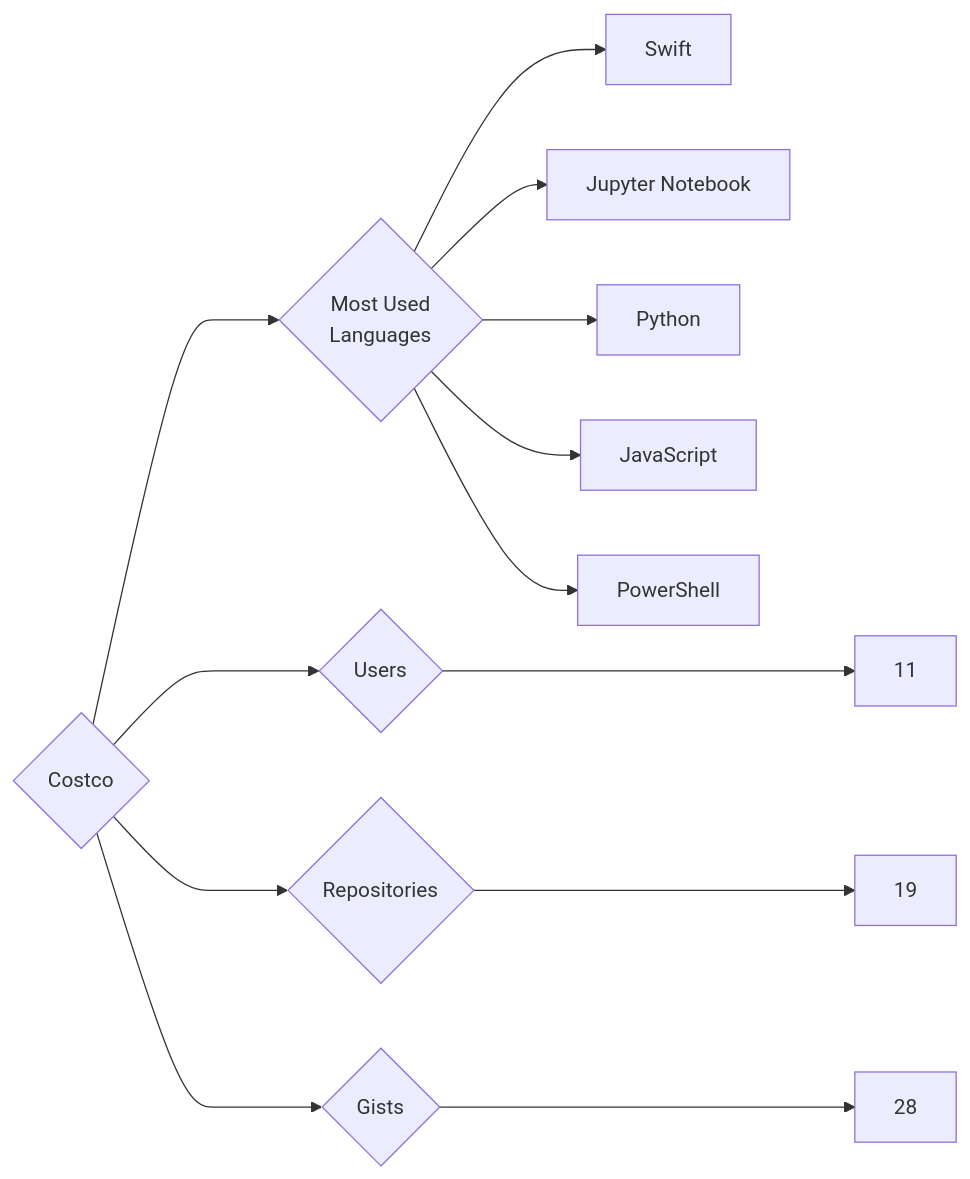
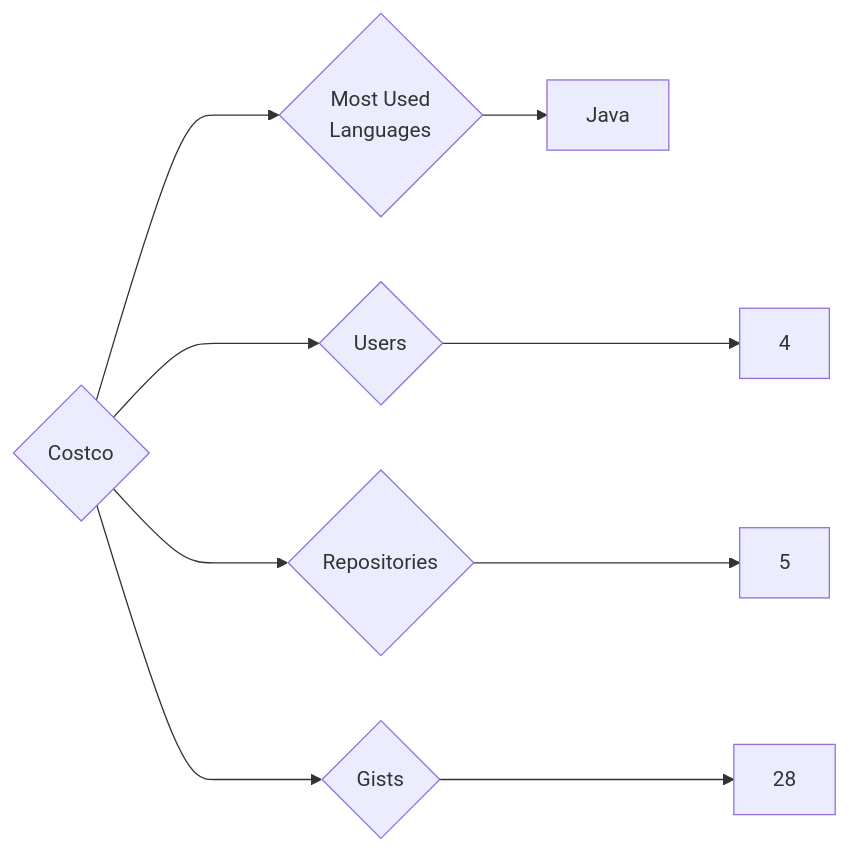
One commit to trickest/insiders changed the diagram in targets/Costco/README.md. Above: the diagram before and after it, drawn with Mermaid. The commit also changed 894 other files, not shown here.

````diff
--- a/targets/Costco/README.md
+++ b/targets/Costco/README.md
@@ -3,13 +3,9 @@
 ```mermaid
 graph LR
 COMPANY_NAME{Costco}
-COMPANY_NAME ---> U{Users} ---> UN[11]
-COMPANY_NAME ---> R{Repositories} ---> RN[19]
+COMPANY_NAME ---> U{Users} ---> UN[4]
+COMPANY_NAME ---> R{Repositories} ---> RN[5]
 COMPANY_NAME ---> G{Gists} ---> GN[28]
 COMPANY_NAME ---> ML{Most Used<br>Languages}
-ML --> Swift[Swift]
-ML --> Jupyter_Notebook[Jupyter Notebook]
-ML --> Python[Python]
-ML --> JavaScript[JavaScript]
-ML --> PowerShell[PowerShell]
+ML --> Java[Java]
 ```
````
